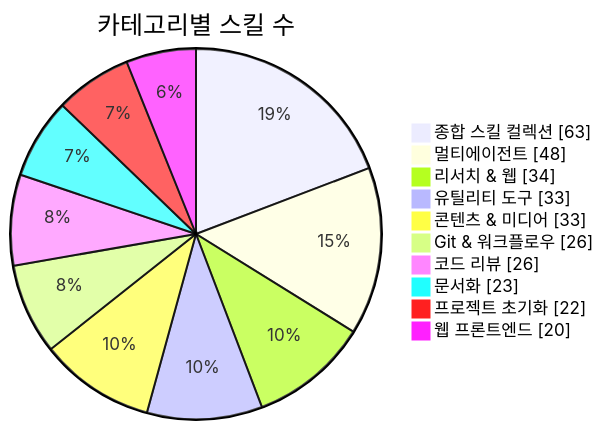
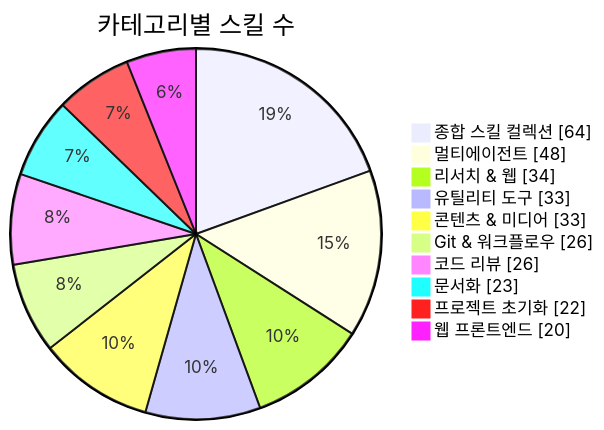
Before and after one commit to J-nowcow/awesome-korean-agent-skills: the first of 3 diagrams in README.md, drawn with Mermaid. The commit also changed other lines of this file and 27 other files, not shown here.

````diff
--- a/README.md
+++ b/README.md
@@ -176,14 +176,14 @@
 ```mermaid
 pie showData
     title 카테고리별 스킬 수
-    "종합 스킬 컬렉션" : 63
+    "종합 스킬 컬렉션" : 64
     "멀티에이전트" : 48
     "리서치 & 웹" : 34
     "유틸리티 도구" : 33
     "콘텐츠 & 미디어" : 33
     "Git & 워크플로우" : 26
     "코드 리뷰" : 26
     "문서화" : 23
     "프로젝트 초기화" : 22
     "웹 프론트엔드" : 20
 ```
````
